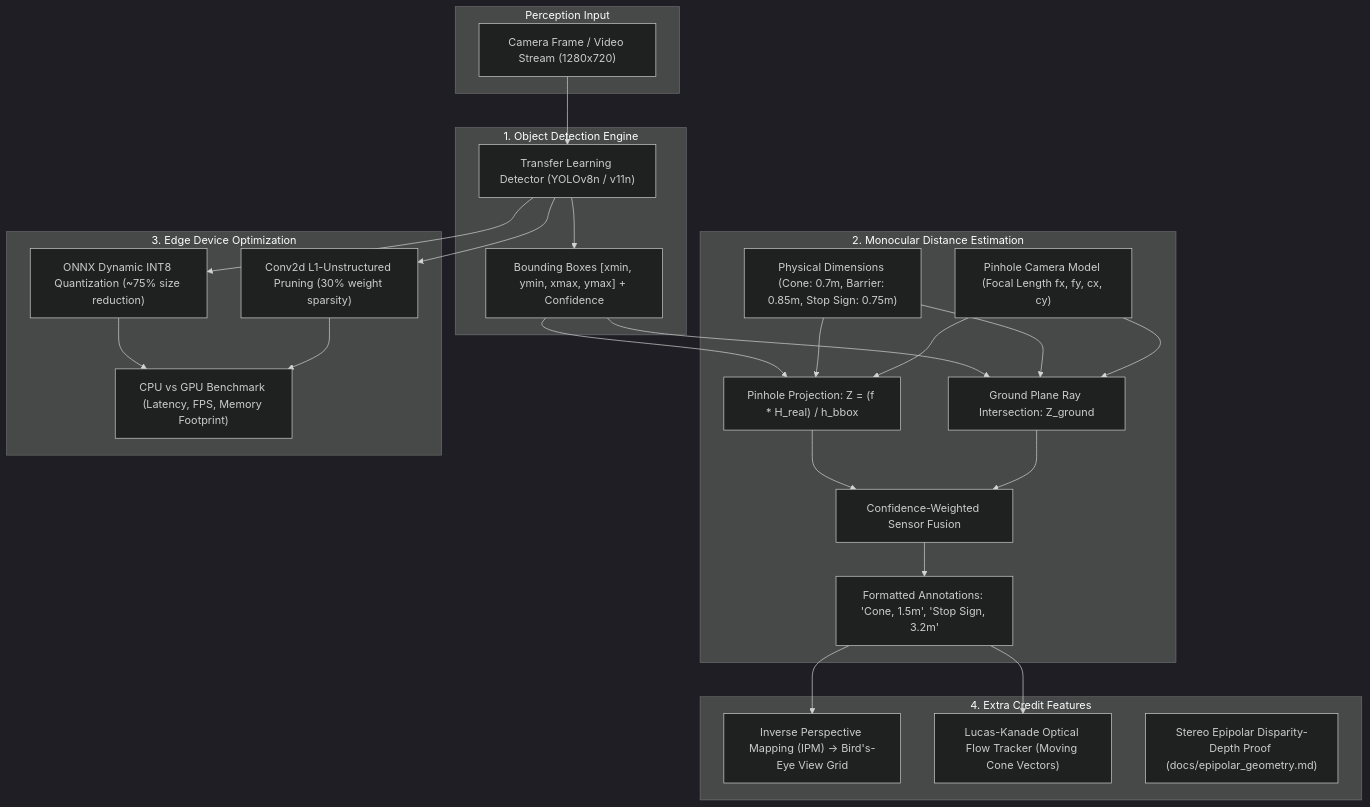
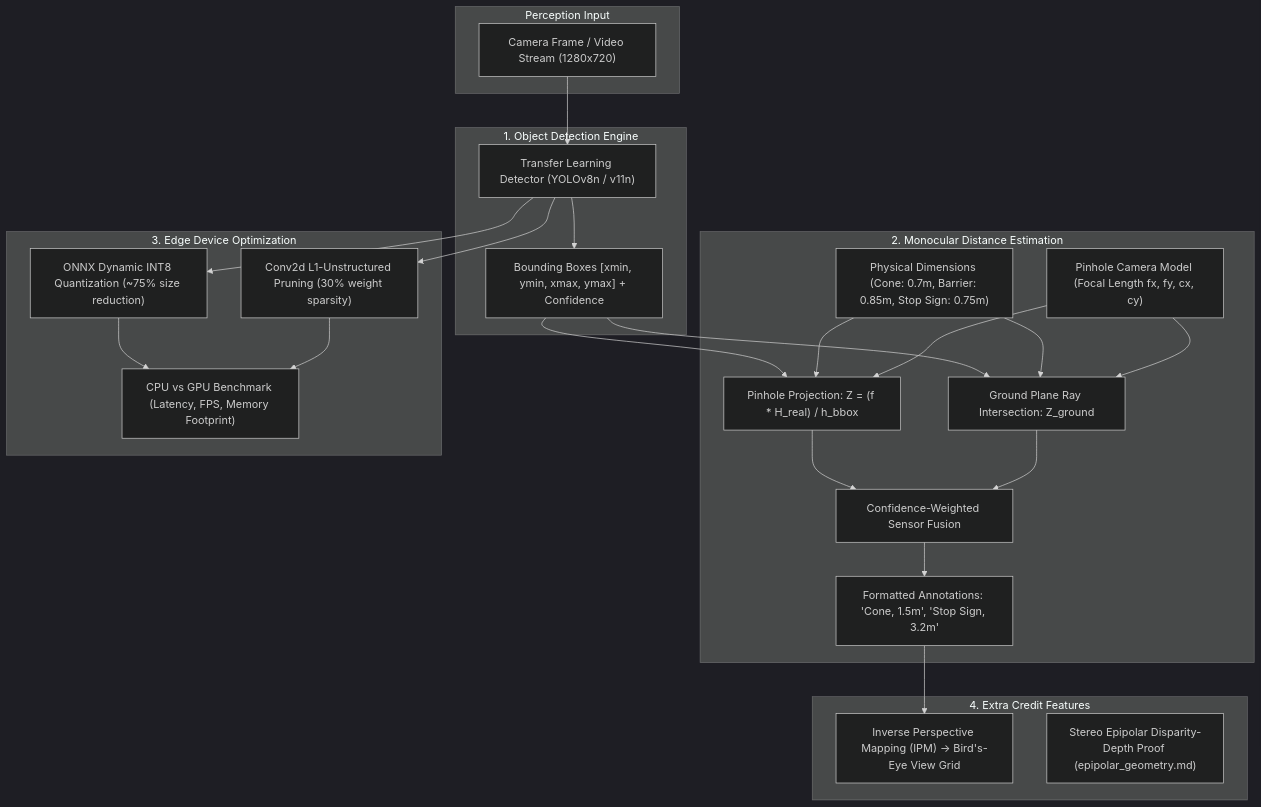
The diagram in README.md (yorichixX/SomeRobotics), drawn with Mermaid (dark theme) before and after one commit. The commit also changed other lines of this file and 1 other file, not shown here.

Commit message:
refactor: move epipolar geometry proof to repository root and remove docs directory

````diff
--- a/README.md
+++ b/README.md
@@ -15,39 +15,38 @@
 ```mermaid
 flowchart TD
     subgraph Input ["Perception Input"]
         Frame["Camera Frame / Video Stream (1280x720)"]
     end
 
     subgraph Detection ["1. Object Detection Engine"]
         YOLO["Transfer Learning Detector (YOLOv8n / v11n)"]
         BBoxes["Bounding Boxes [xmin, ymin, xmax, ymax] + Confidence"]
     end
 
     subgraph Geometry ["2. Monocular Distance Estimation"]
         Priors["Physical Dimensions (Cone: 0.7m, Barrier: 0.85m, Stop Sign: 0.75m)"]
         CamIntrinsics["Pinhole Camera Model (Focal Length fx, fy, cx, cy)"]
         PinholeEq["Pinhole Projection: Z = (f * H_real) / h_bbox"]
         GroundEq["Ground Plane Ray Intersection: Z_ground"]
         Fusion["Confidence-Weighted Sensor Fusion"]
         Annotated["Formatted Annotations: 'Cone, 1.5m', 'Stop Sign, 3.2m'"]
     end
 
     subgraph Edge ["3. Edge Device Optimization"]
         Quant["ONNX Dynamic INT8 Quantization (~75% size reduction)"]
         Prune["Conv2d L1-Unstructured Pruning (30% weight sparsity)"]
         Bench["CPU vs GPU Benchmark (Latency, FPS, Memory Footprint)"]
     end
 
     subgraph Extra ["4. Extra Credit Features"]
         BEV["Inverse Perspective Mapping (IPM) -> Bird's-Eye View Grid"]
-        OptFlow["Lucas-Kanade Optical Flow Tracker (Moving Cone Vectors)"]
-        Epipolar["Stereo Epipolar Disparity-Depth Proof (docs/epipolar_geometry.md)"]
+        Epipolar["Stereo Epipolar Disparity-Depth Proof (epipolar_geometry.md)"]
     end
 
     Frame --> YOLO
     YOLO --> BBoxes
     BBoxes & Priors & CamIntrinsics --> PinholeEq & GroundEq
     PinholeEq & GroundEq --> Fusion --> Annotated
     YOLO --> Quant & Prune --> Bench
-    Annotated --> BEV & OptFlow
+    Annotated --> BEV
 ```
````
